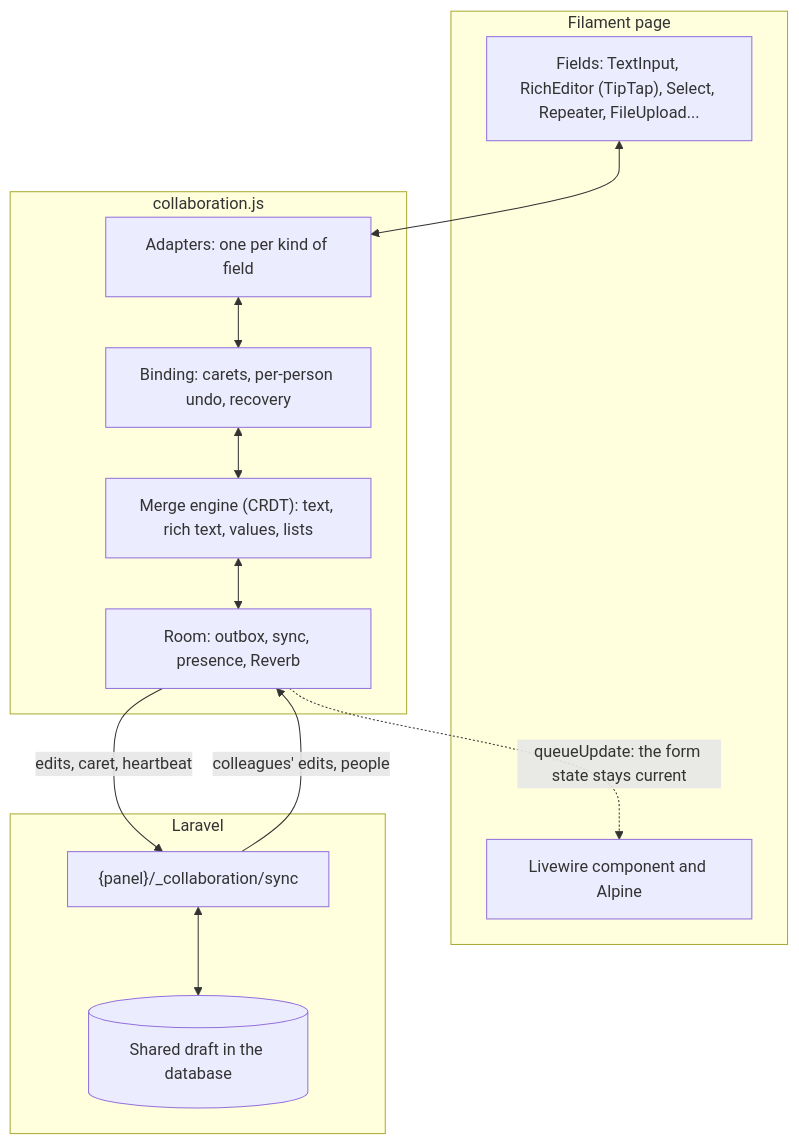
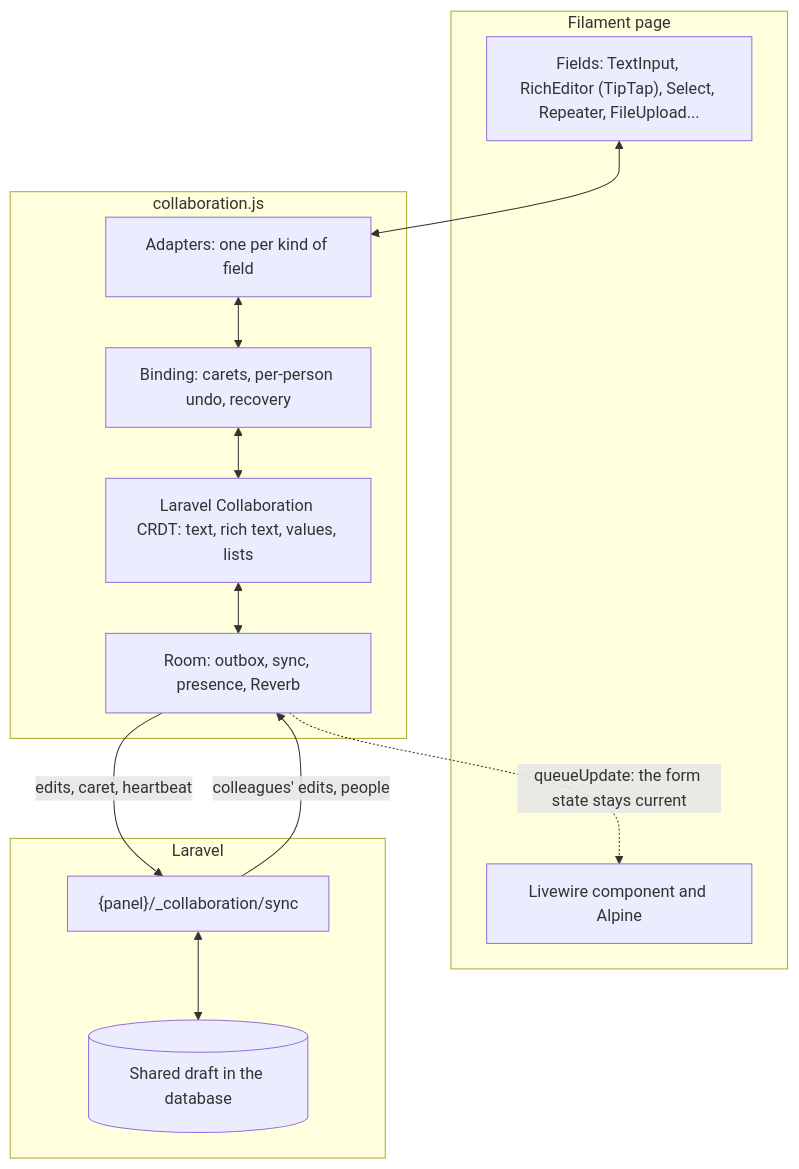
One commit to solutionforest/filament-collaboration changed the first of 3 diagrams in docs/how-it-works.md. Above: the diagram before and after it, drawn with Mermaid. The commit also changed other lines of this file and 23 other files, not shown here.

````diff
--- a/docs/how-it-works.md
+++ b/docs/how-it-works.md
@@ -9,26 +9,26 @@
 ```mermaid
 %% The layers of the browser script, from Filament's fields down to Laravel.
 flowchart TB
     subgraph filament ["Filament page"]
         fields["Fields: TextInput, RichEditor (TipTap), Select, Repeater, FileUpload..."]
         livewire["Livewire component and Alpine"]
     end
     subgraph script ["collaboration.js"]
         adapters["Adapters: one per kind of field"]
         binding["Binding: carets, per-person undo, recovery"]
-        engine["Merge engine (CRDT): text, rich text, values, lists"]
+        engine["Laravel Collaboration CRDT: text, rich text, values, lists"]
         room["Room: outbox, sync, presence, Reverb"]
     end
     subgraph laravel ["Laravel"]
         endpoint["{panel}/_collaboration/sync"]
         draft[("Shared draft in the database")]
     end
     fields <--> adapters
     adapters <--> binding
     binding <--> engine
     engine <--> room
     room -- "edits, caret, heartbeat" --> endpoint
     endpoint -- "colleagues' edits, people" --> room
     endpoint <--> draft
     room -. "queueUpdate: the form state stays current" .-> livewire
 ```
````
